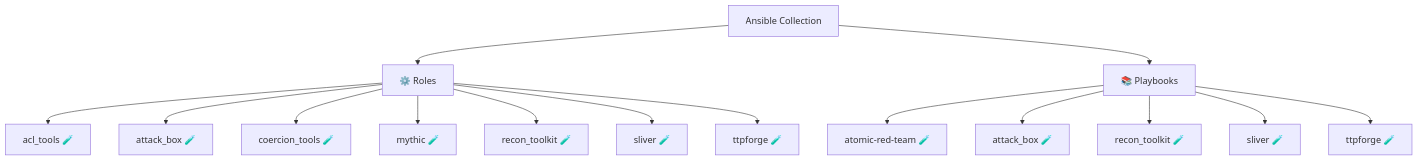
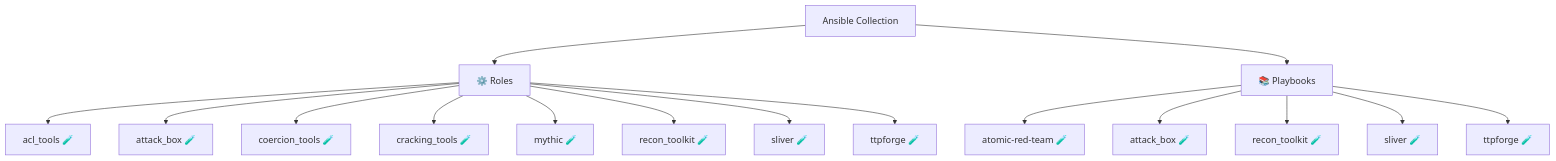
Before and after one commit to l50/ansible-collection-arsenal: the diagram in README.md, drawn with Mermaid. The commit also changed other lines of this file and 22 other files, not shown here.

First line of the commit message:
feat: add cracking_tools ansible role for password cracking (#737)

````diff
--- a/README.md
+++ b/README.md
@@ -13,18 +13,19 @@
 ```mermaid
 graph TD
     Collection[Ansible Collection]
     Collection --> Roles[⚙️ Roles]
     Roles --> R0[acl_tools 🧪]
     Roles --> R1[attack_box 🧪]
     Roles --> R2[coercion_tools 🧪]
-    Roles --> R3[mythic 🧪]
-    Roles --> R4[recon_toolkit 🧪]
-    Roles --> R5[sliver 🧪]
-    Roles --> R6[ttpforge 🧪]
+    Roles --> R3[cracking_tools 🧪]
+    Roles --> R4[mythic 🧪]
+    Roles --> R5[recon_toolkit 🧪]
+    Roles --> R6[sliver 🧪]
+    Roles --> R7[ttpforge 🧪]
     Collection --> Playbooks[📚 Playbooks]
     Playbooks --> PB0[atomic-red-team 🧪]
     Playbooks --> PB1[attack_box 🧪]
     Playbooks --> PB2[recon_toolkit 🧪]
     Playbooks --> PB3[sliver 🧪]
     Playbooks --> PB4[ttpforge 🧪]
 ```
````
